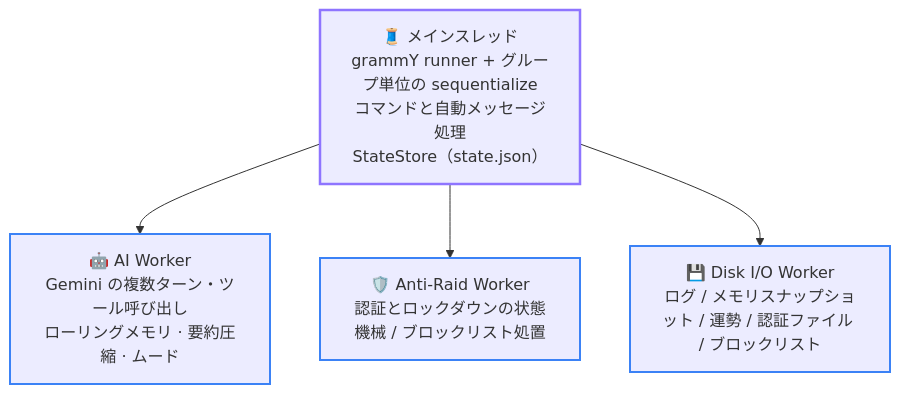
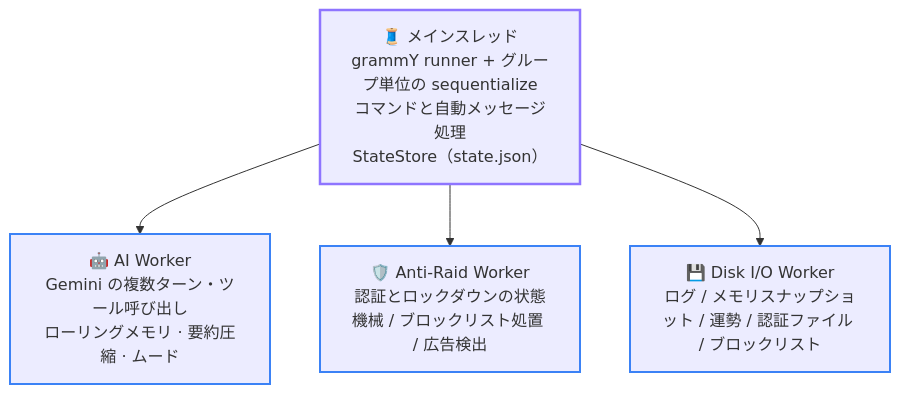
The first of 2 diagrams in docs/ja/02-architecture.md (Asashishi/copy_ninjia), drawn with Mermaid before and after one commit. The commit also changed other lines of this file and 167 other files, not shown here.

````diff
--- a/docs/ja/02-architecture.md
+++ b/docs/ja/02-architecture.md
@@ -17,14 +17,14 @@
 ```mermaid
 flowchart TD
     classDef main stroke:#8e75ff,stroke-width:2.5px;
     classDef worker stroke:#3b82f6,stroke-width:2px;
 
     MAIN["🧵 メインスレッド<br/>grammY runner + グループ単位の sequentialize<br/>コマンドと自動メッセージ処理<br/>StateStore（state.json）"]:::main
     AI["🤖 AI Worker<br/>Gemini の複数ターン・ツール呼び出し<br/>ローリングメモリ · 要約圧縮 · ムード"]:::worker
-    RAID["🛡️ Anti-Raid Worker<br/>認証とロックダウンの状態機械 / ブロックリスト処置"]:::worker
+    RAID["🛡️ Anti-Raid Worker<br/>認証とロックダウンの状態機械 / ブロックリスト処置 / 広告検出"]:::worker
     DISK["💾 Disk I/O Worker<br/>ログ / メモリスナップショット / 運勢 / 認証ファイル / ブロックリスト"]:::worker
 
     MAIN --> AI
     MAIN --> RAID
     MAIN --> DISK
 ```
````
